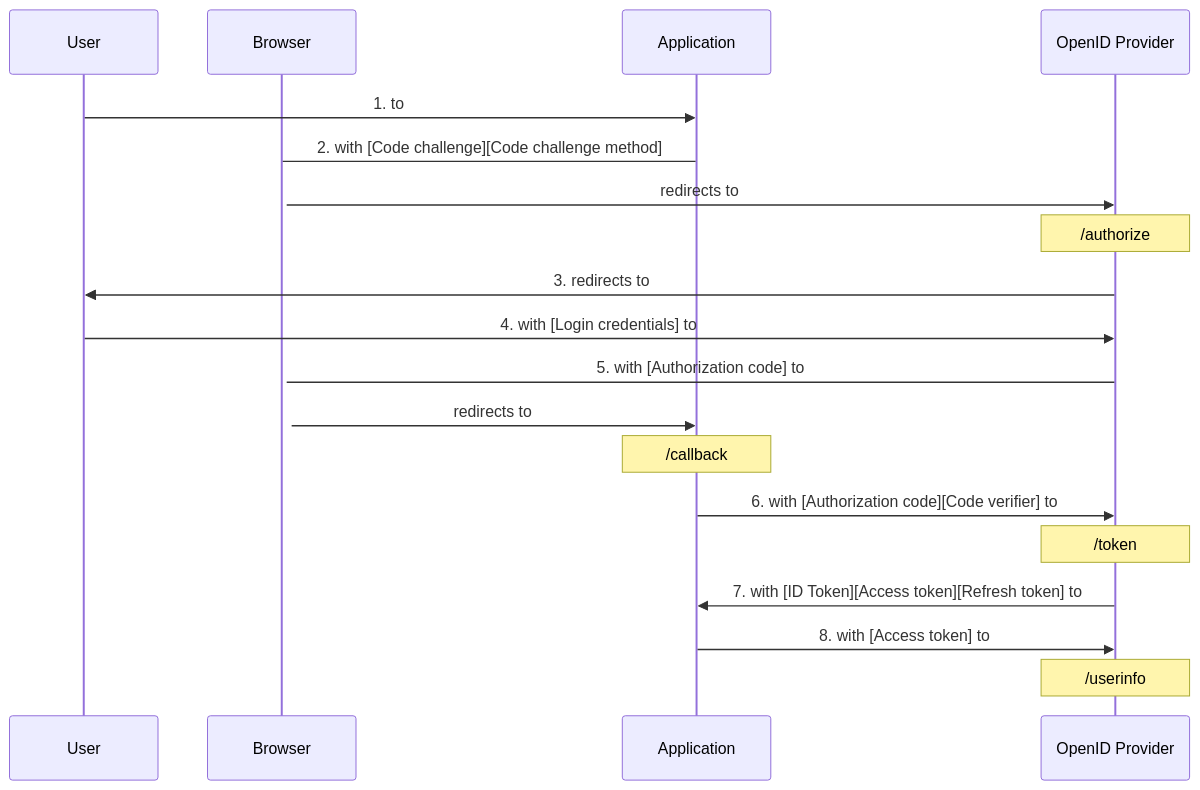
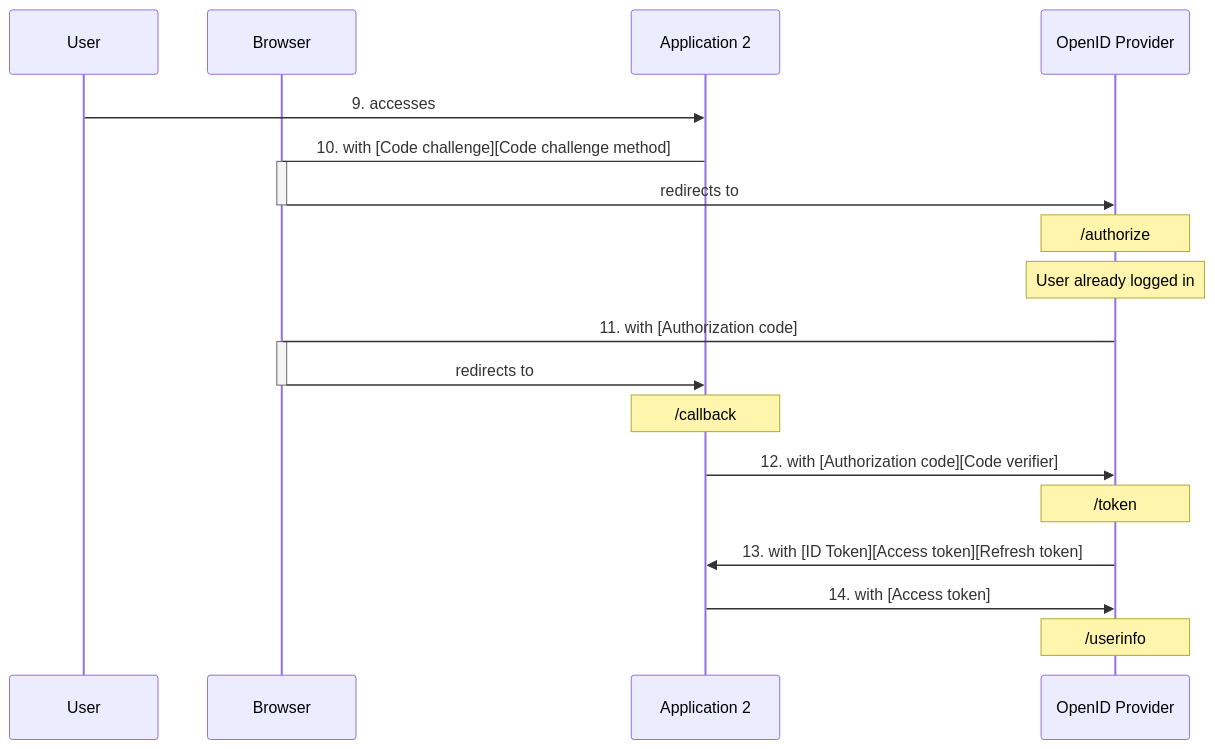
The second of 3 diagrams in posts/sso-auth/README.md (Octobug/blog), drawn with Mermaid before and after one commit. The commit also changed other lines of this file, not shown here.

Commit message:
posts(sso): sequence diagram

````diff
--- a/posts/sso-auth/README.md
+++ b/posts/sso-auth/README.md
@@ -93,31 +90,30 @@
 ```mermaid
 sequenceDiagram
   participant User
   participant Browser
-  participant Application
+  participant Application 2
   participant OpenID Provider
 
-  User->>Application: 1. to
+  User->>Application 2: 9. accesses
 
-  Application->Browser: 2. with [Code challenge][Code challenge method]
+  Application 2->Browser: 10. with [Code challenge][Code challenge method]
   Activate Browser
   Browser->>OpenID Provider: redirects to
+  Deactivate Browser
   Note over OpenID Provider: /authorize
+  Note over OpenID Provider: User already logged in
 
-  OpenID Provider->>User: 3. redirects to
+  OpenID Provider->Browser: 11. with [Authorization code]
+  Activate Browser
+  Browser->>Application 2: redirects to
+  Deactivate Browser
+  Note over Application 2: /callback
 
-  User->>OpenID Provider: 4. with [Login credentials] to
-
-  OpenID Provider->Browser: 5. with [Authorization code] to
-  Activate Browser
-  Browser->>Application: redirects to
-  Note over Application: /callback
-
-  Application->>OpenID Provider: 6. with [Authorization code][Code verifier] to
+  Application 2->>OpenID Provider: 12. with [Authorization code][Code verifier]
   Note over OpenID Provider: /token
 
-  OpenID Provider->>Application: 7. with [ID Token][Access token][Refresh token] to
+  OpenID Provider->>Application 2: 13. with [ID Token][Access token][Refresh token]
 
-  Application->>OpenID Provider: 8. with [Access token] to
+  Application 2->>OpenID Provider: 14. with [Access token]
   Note over OpenID Provider: /userinfo
 ```
````
